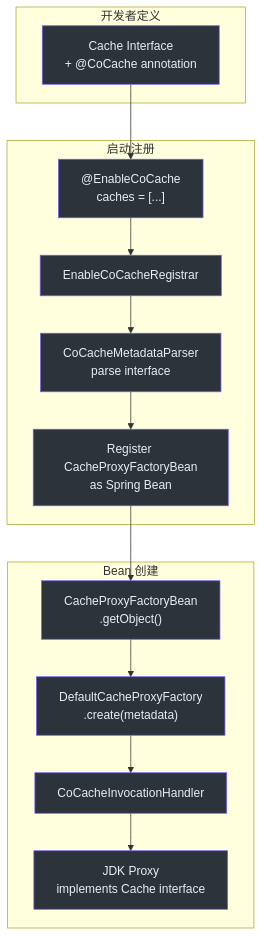
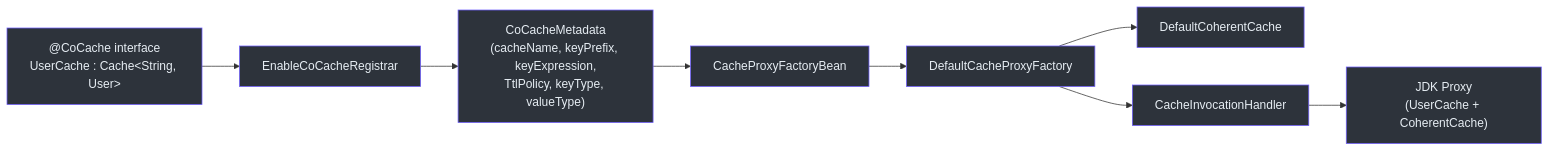
One commit to Ahoo-Wang/CoCache changed the first of 3 diagrams in wiki/zh/architecture/proxy.md. Above: the diagram before and after it, drawn with Mermaid. The commit also changed other lines of this file and 256 other files, not shown here.

````diff
--- a/wiki/zh/architecture/proxy.md
+++ b/wiki/zh/architecture/proxy.md
@@ -12,43 +12,19 @@
 ```mermaid
-flowchart TD
-    subgraph sg_14 ["开发者定义"]
+graph LR
+    I["@CoCache interface<br>UserCache : Cache&lt;String, User&gt;"] --> R["EnableCoCacheRegistrar"]
+    R --> M["CoCacheMetadata<br>(cacheName, keyPrefix, keyExpression,<br>TtlPolicy, keyType, valueType)"]
+    M --> FB["CacheProxyFactoryBean"]
+    FB --> PF["DefaultCacheProxyFactory"]
+    PF --> CC["DefaultCoherentCache"]
+    PF --> H["CacheInvocationHandler"]
+    H --> P["JDK Proxy<br>(UserCache + CoherentCache)"]
 
-        Interface["Cache Interface<br>+ @CoCache annotation"]
-    end
-
-    subgraph sg_15 ["启动注册"]
-
-        Enable["@EnableCoCache<br>caches = [...]"]
-        Registrar["EnableCoCacheRegistrar"]
-        Parse["CoCacheMetadataParser<br>parse interface"]
-        RegisterBean["Register CacheProxyFactoryBean<br>as Spring Bean"]
-    end
-
-    subgraph sg_16 ["Bean 创建"]
-
-        FactoryBean["CacheProxyFactoryBean<br>.getObject()"]
-        ProxyFactory["DefaultCacheProxyFactory<br>.create(metadata)"]
-        InvocationHandler["CoCacheInvocationHandler"]
-        Proxy["JDK Proxy<br>implements Cache interface"]
-    end
-
-    Interface --> Enable
-    Enable --> Registrar
-    Registrar --> Parse
-    Parse --> RegisterBean
-    RegisterBean --> FactoryBean
-    FactoryBean --> ProxyFactory
-    ProxyFactory --> InvocationHandler
-    InvocationHandler --> Proxy
-
-    style Interface fill:#2d333b,stroke:#6d5dfc,color:#e6edf3
-    style Enable fill:#2d333b,stroke:#6d5dfc,color:#e6edf3
-    style Registrar fill:#2d333b,stroke:#6d5dfc,color:#e6edf3
-    style Parse fill:#2d333b,stroke:#6d5dfc,color:#e6edf3
-    style RegisterBean fill:#2d333b,stroke:#6d5dfc,color:#e6edf3
-    style FactoryBean fill:#2d333b,stroke:#6d5dfc,color:#e6edf3
-    style ProxyFactory fill:#2d333b,stroke:#6d5dfc,color:#e6edf3
-    style InvocationHandler fill:#2d333b,stroke:#6d5dfc,color:#e6edf3
-    style Proxy fill:#2d333b,stroke:#6d5dfc,color:#e6edf3
-
+    style I fill:#2d333b,stroke:#6d5dfc,color:#e6edf3
+    style R fill:#2d333b,stroke:#6d5dfc,color:#e6edf3
+    style M fill:#2d333b,stroke:#6d5dfc,color:#e6edf3
+    style FB fill:#2d333b,stroke:#6d5dfc,color:#e6edf3
+    style PF fill:#2d333b,stroke:#6d5dfc,color:#e6edf3
+    style CC fill:#2d333b,stroke:#6d5dfc,color:#e6edf3
+    style H fill:#2d333b,stroke:#6d5dfc,color:#e6edf3
+    style P fill:#2d333b,stroke:#6d5dfc,color:#e6edf3
 ```
````
